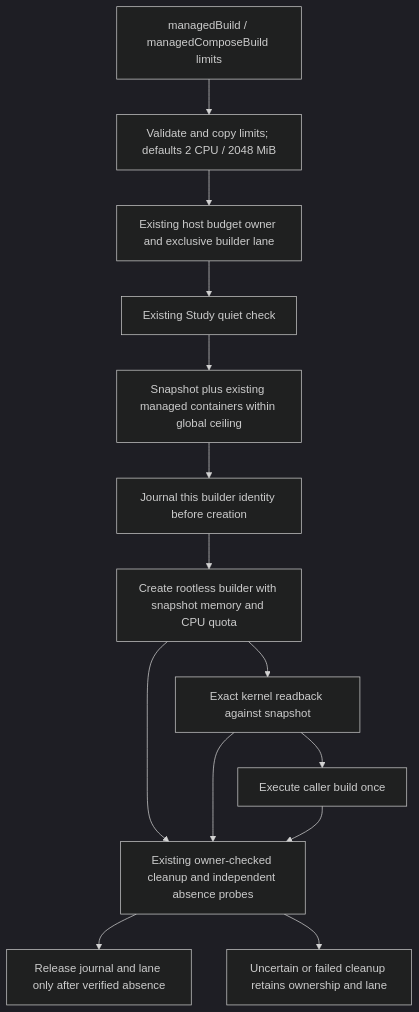
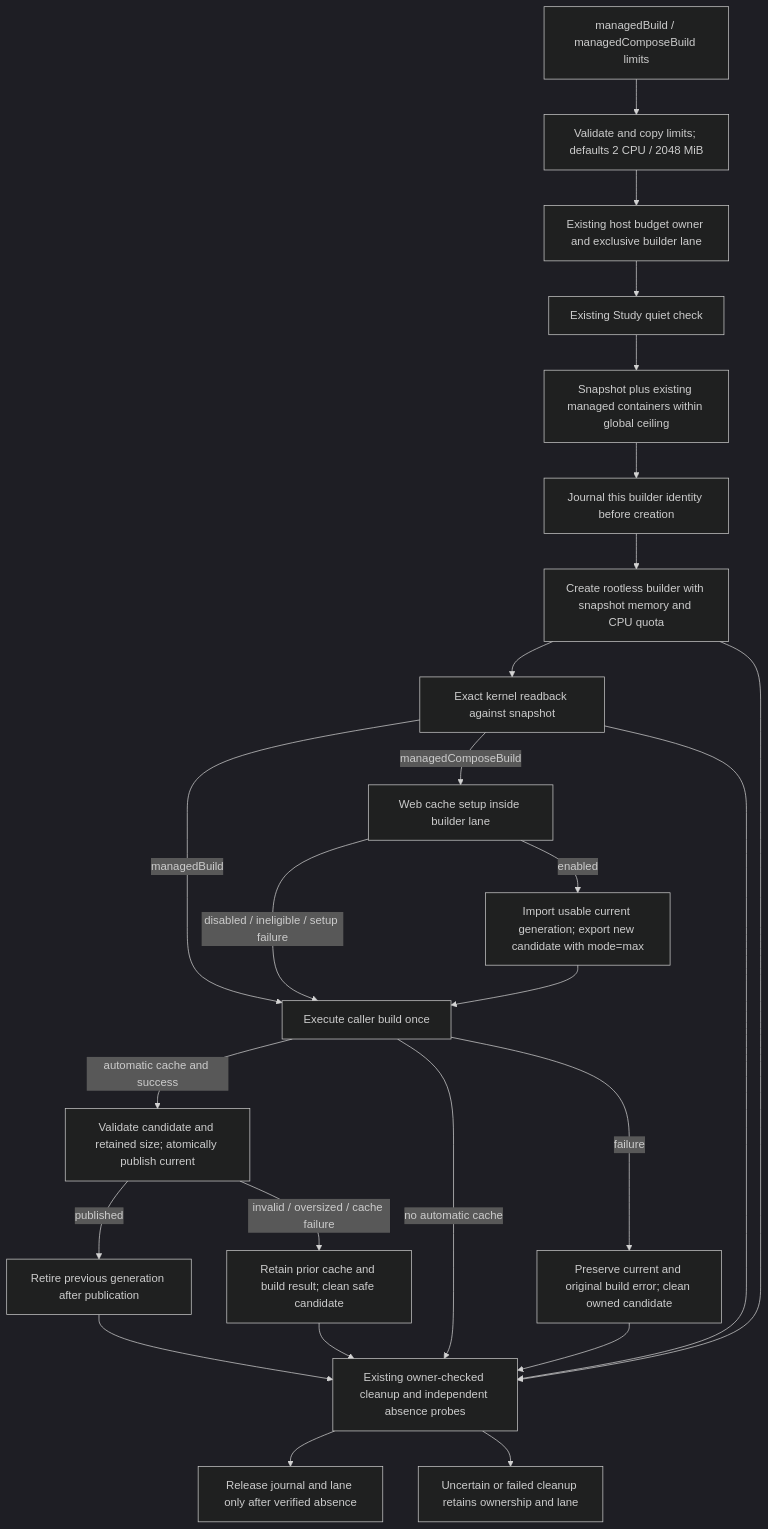
The second of 2 diagrams in scripts/README.md (aaweaver-actuary/tempo), drawn with Mermaid (dark theme) before and after one commit. The commit also changed other lines of this file and 5 other files, not shown here.

Commit message:
Persist local production web cache across managed builders

````diff
--- a/scripts/README.md
+++ b/scripts/README.md
@@ -166,16 +204,27 @@
 ```mermaid
 flowchart TD
     Request[managedBuild / managedComposeBuild limits] --> Snapshot[Validate and copy limits; defaults 2 CPU / 2048 MiB]
     Snapshot --> Owner[Existing host budget owner and exclusive builder lane]
     Owner --> Quiet[Existing Study quiet check]
     Quiet --> Admission[Snapshot plus existing managed containers within global ceiling]
     Admission --> Journal[Journal this builder identity before creation]
     Journal --> Create[Create rootless builder with snapshot memory and CPU quota]
     Create --> Verify[Exact kernel readback against snapshot]
-    Verify --> Build[Execute caller build once]
+    Verify -->|managedBuild| Build
+    Verify -->|managedComposeBuild| Cache[Web cache setup inside builder lane]
+    Cache -->|disabled / ineligible / setup failure| Build
+    Cache -->|enabled| Import[Import usable current generation; export new candidate with mode=max]
+    Import --> Build[Execute caller build once]
+    Build -->|automatic cache and success| Publish[Validate candidate and retained size; atomically publish current]
+    Publish -->|published| Retire[Retire previous generation after publication]
+    Publish -->|invalid / oversized / cache failure| RetainCache[Retain prior cache and build result; clean safe candidate]
+    Build -->|no automatic cache| Cleanup
+    Build -->|failure| Preserve[Preserve current and original build error; clean owned candidate]
     Create --> Cleanup[Existing owner-checked cleanup and independent absence probes]
     Verify --> Cleanup
-    Build --> Cleanup
+    Retire --> Cleanup
+    RetainCache --> Cleanup
+    Preserve --> Cleanup
     Cleanup --> Release[Release journal and lane only after verified absence]
     Cleanup --> Retain[Uncertain or failed cleanup retains ownership and lane]
 ```
````
